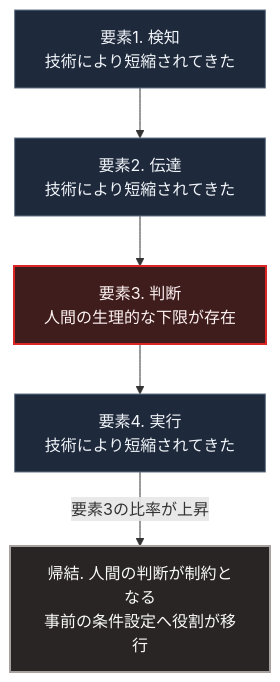
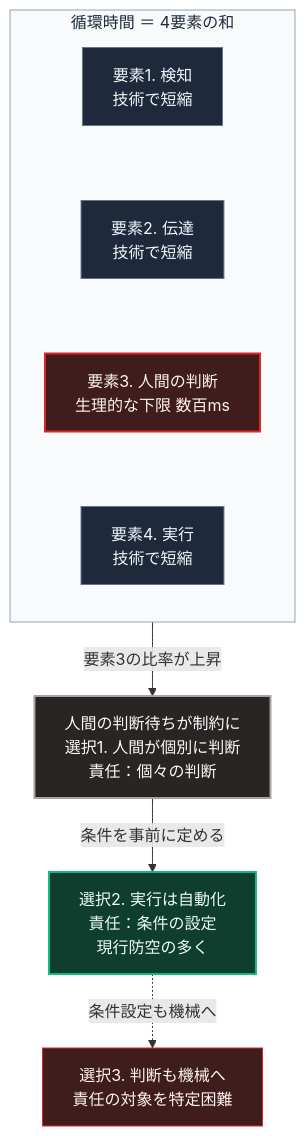
The diagram in books/sovereign-resilience-blueprint/23_millisecond-warfare-ooda.md (Takenori-Kusaka/zenn-content), drawn with Mermaid before and after one commit. The commit also changed other lines of this file and 114 other files, not shown here.

````diff
--- a/books/sovereign-resilience-blueprint/23_millisecond-warfare-ooda.md
+++ b/books/sovereign-resilience-blueprint/23_millisecond-warfare-ooda.md
@@ -71,14 +71,21 @@
 ```mermaid
 flowchart TD
-    T1[要素1. 検知<br>技術により短縮されてきた]
-    T1 --> T2[要素2. 伝達<br>技術により短縮されてきた]
-    T2 --> T3[要素3. 判断<br>人間の生理的な下限が存在]
-    T3 --> T4[要素4. 実行<br>技術により短縮されてきた]
-    T4 -->|要素3の比率が上昇| R[帰結. 人間の判断が制約となる<br>事前の条件設定へ役割が移行]
+    subgraph G[循環時間 ＝ 4要素の和]
+        direction TB
+        T1[要素1. 検知<br>技術で短縮] ~~~ T2[要素2. 伝達<br>技術で短縮]
+        T2 ~~~ T3[要素3. 人間の判断<br>生理的な下限 数百ms]
+        T3 ~~~ T4[要素4. 実行<br>技術で短縮]
+    end
+    G -->|要素3の比率が上昇| R[人間の判断待ちが制約に<br>選択1. 人間が個別に判断<br>責任：個々の判断]
+    R -->|条件を事前に定める| S2[選択2. 実行は自動化<br>責任：条件の設定<br>現行防空の多く]
+    S2 -.->|条件設定も機械へ| S3[選択3. 判断も機械へ<br>責任の対象を特定困難]
 
     style T1 fill:#1e293b,stroke:#64748b,color:#f1f5f9
     style T2 fill:#1e293b,stroke:#64748b,color:#f1f5f9
     style T3 fill:#3f1d1d,stroke:#dc2626,stroke-width:2px,color:#fef2f2
     style T4 fill:#1e293b,stroke:#64748b,color:#f1f5f9
     style R fill:#292524,stroke:#a8a29e,stroke-width:2px,color:#fafaf9
+    style S2 fill:#0f3d2e,stroke:#10b981,stroke-width:2px,color:#ecfdf5
+    style S3 fill:#3f1d1d,stroke:#dc2626,color:#fef2f2
+    style G fill:#f8fafc,stroke:#94a3b8,color:#1e293b
 ```
````
